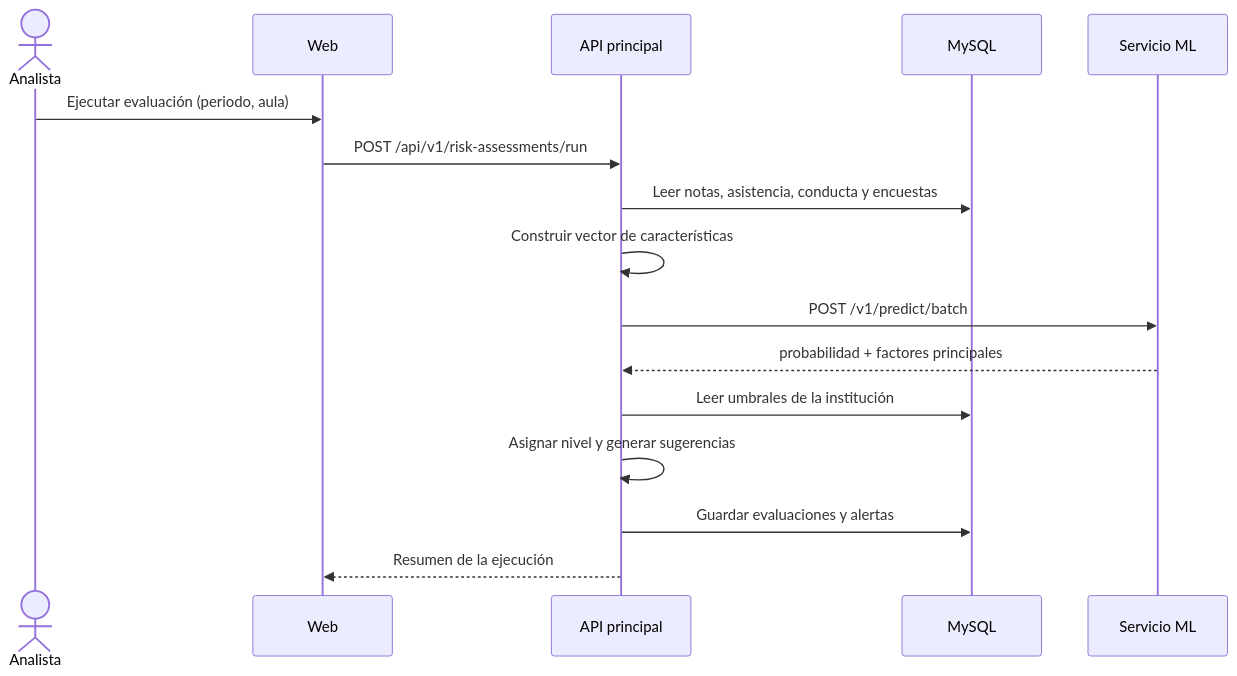
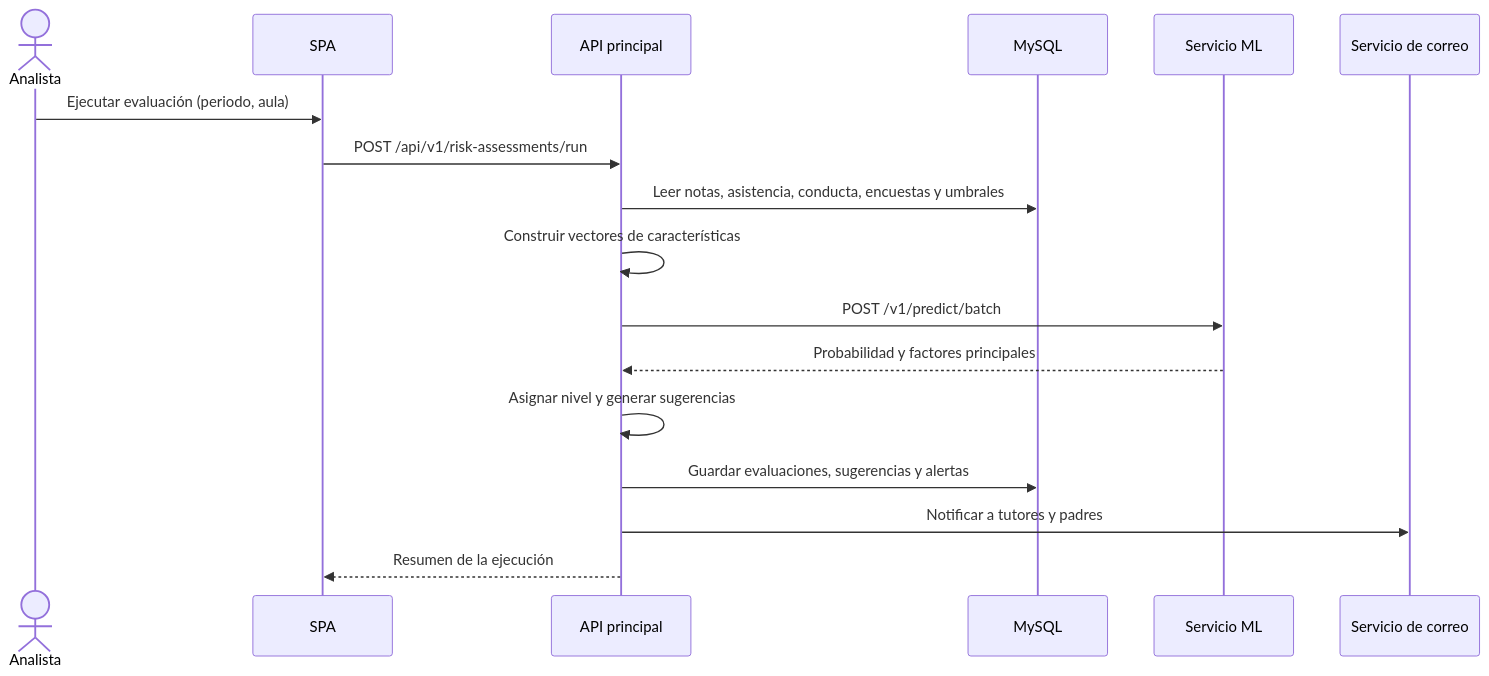
Before and after one commit to edutrackIA/edutrack: the diagram in docs/architecture/overview.md, drawn with Mermaid. The commit also changed other lines of this file and 3 other files, not shown here.

Commit message:
docs: replace mermaid diagrams with c4 views

````diff
--- a/docs/architecture/overview.md
+++ b/docs/architecture/overview.md
@@ -50,19 +29,20 @@
 ```mermaid
 sequenceDiagram
     actor A as Analista
-    participant W as Web
+    participant W as SPA
     participant API as API principal
     participant DB as MySQL
     participant ML as Servicio ML
+    participant M as Servicio de correo
 
     A->>W: Ejecutar evaluación (periodo, aula)
     W->>API: POST /api/v1/risk-assessments/run
-    API->>DB: Leer notas, asistencia, conducta y encuestas
-    API->>API: Construir vector de características
+    API->>DB: Leer notas, asistencia, conducta, encuestas y umbrales
+    API->>API: Construir vectores de características
     API->>ML: POST /v1/predict/batch
-    ML-->>API: probabilidad + factores principales
-    API->>DB: Leer umbrales de la institución
+    ML-->>API: Probabilidad y factores principales
     API->>API: Asignar nivel y generar sugerencias
-    API->>DB: Guardar evaluaciones y alertas
+    API->>DB: Guardar evaluaciones, sugerencias y alertas
+    API->>M: Notificar a tutores y padres
     API-->>W: Resumen de la ejecución
 ```
````
